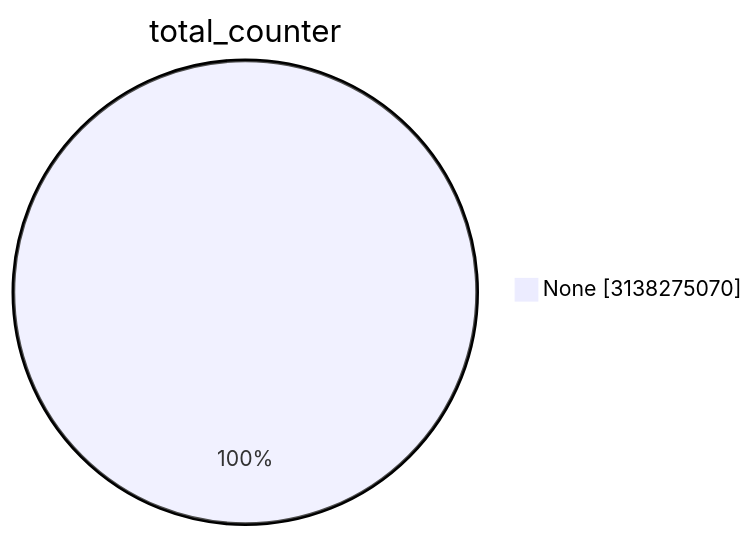
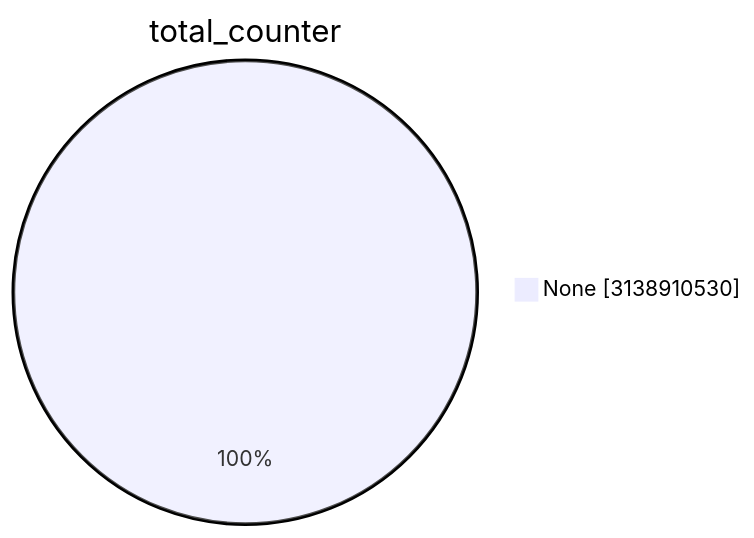
The first of 15 diagrams in TOTAL/README.md (christiankrug/ctmonitor_visualization), drawn with Mermaid before and after one commit. The commit also changed other lines of this file, not shown here.

````diff
--- a/TOTAL/README.md
+++ b/TOTAL/README.md
@@ -1,5 +1,5 @@
 ```mermaid
 pie showData
 title total_counter
-"None" :3138275070
+"None" :3138910530
 ```
````
